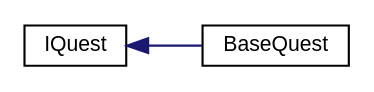
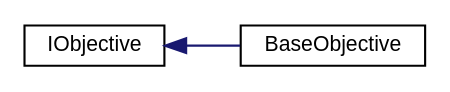
The diagram in inherit_graph_7.dot (PaulSchweizer/ActionRpgKit), drawn with Graphviz before and after one commit. The commit also changed 506 other files, not shown here.

```diff
--- a/inherit_graph_7.dot
+++ b/inherit_graph_7.dot
@@ -1,10 +1,10 @@
 digraph "Graphical Class Hierarchy"
 {
  // INTERACTIVE_SVG=YES
   edge [fontname="Helvetica",fontsize="10",labelfontname="Helvetica",labelfontsize="10"];
   node [fontname="Helvetica",fontsize="10",shape=record];
   rankdir="LR";
-  Node1 [label="IQuest",height=0.2,width=0.4,color="black", fillcolor="white", style="filled",URL="$d5/dc2/interface_action_rpg_kit_1_1_quest_1_1_i_quest.xhtml",tooltip="Interface for Quests. "];
+  Node1 [label="IObjective",height=0.2,width=0.4,color="black", fillcolor="white", style="filled",URL="$d2/d98/interface_action_rpg_kit_1_1_story_1_1_quest_1_1_i_objective.xhtml"];
   Node1 -> Node2 [dir="back",color="midnightblue",fontsize="10",style="solid",fontname="Helvetica"];
-  Node2 [label="BaseQuest",height=0.2,width=0.4,color="black", fillcolor="white", style="filled",URL="$d4/dad/class_action_rpg_kit_1_1_quest_1_1_base_quest.xhtml"];
+  Node2 [label="BaseObjective",height=0.2,width=0.4,color="black", fillcolor="white", style="filled",URL="$dd/d14/class_action_rpg_kit_1_1_story_1_1_quest_1_1_base_objective.xhtml"];
 }
```
